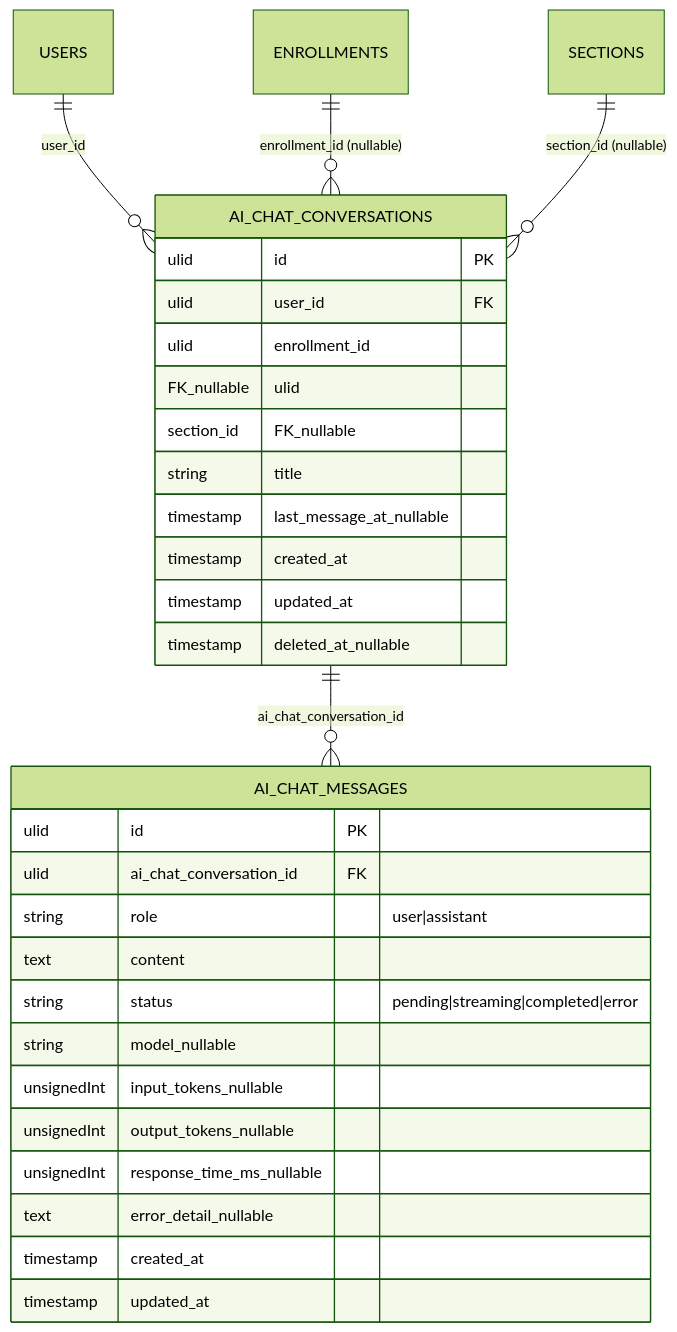
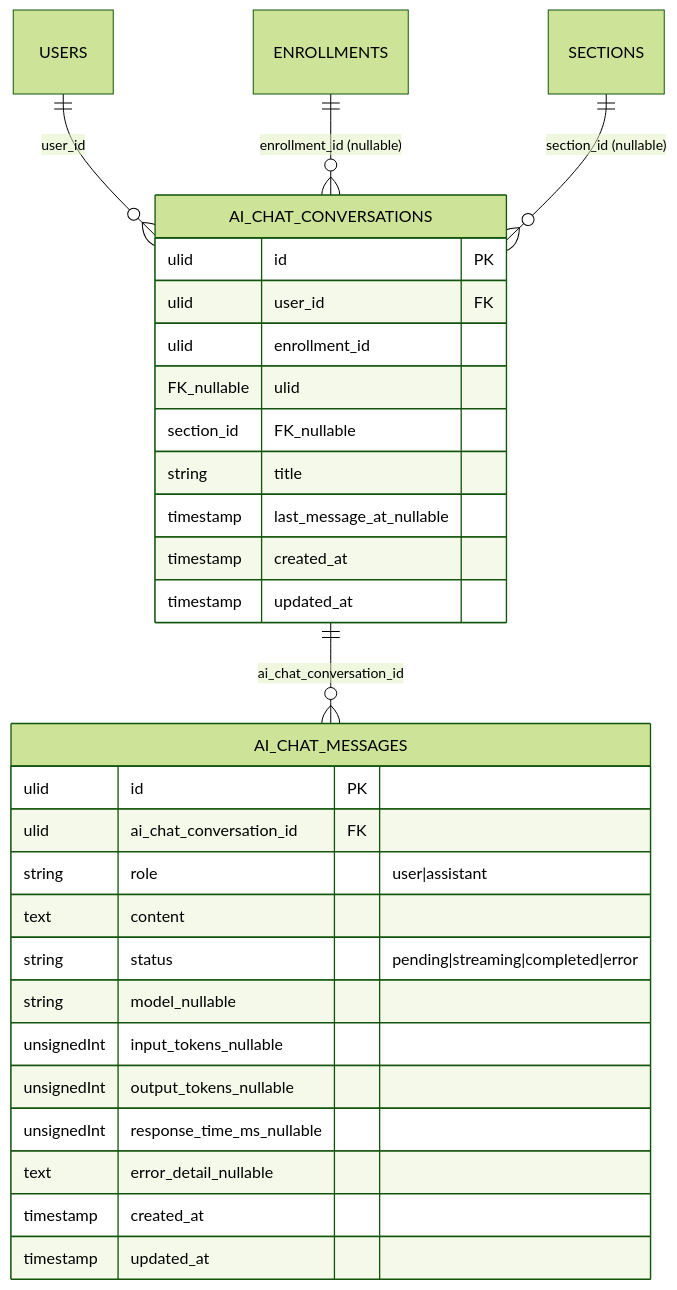
Before and after one commit to coachtech-mockcase-second/ExampleAnswer-mockcase-CertifyLMS: the fifth of 6 diagrams in docs/specs/ai-chat/design.md, drawn with Mermaid (forest theme). The commit also changed other lines of this file and 202 other files, not shown here.

````diff
--- a/docs/specs/ai-chat/design.md
+++ b/docs/specs/ai-chat/design.md
@@ -222,34 +222,33 @@
 ```mermaid
 erDiagram
     USERS ||--o{ AI_CHAT_CONVERSATIONS : "user_id"
     ENROLLMENTS ||--o{ AI_CHAT_CONVERSATIONS : "enrollment_id (nullable)"
     SECTIONS ||--o{ AI_CHAT_CONVERSATIONS : "section_id (nullable)"
     AI_CHAT_CONVERSATIONS ||--o{ AI_CHAT_MESSAGES : "ai_chat_conversation_id"
 
     AI_CHAT_CONVERSATIONS {
         ulid id PK
         ulid user_id FK
         ulid enrollment_id FK_nullable
         ulid section_id FK_nullable
         string title
         timestamp last_message_at_nullable
         timestamp created_at
         timestamp updated_at
-        timestamp deleted_at_nullable
     }
 
     AI_CHAT_MESSAGES {
         ulid id PK
         ulid ai_chat_conversation_id FK
         string role "user|assistant"
         text content
         string status "pending|streaming|completed|error"
         string model_nullable
         unsignedInt input_tokens_nullable
         unsignedInt output_tokens_nullable
         unsignedInt response_time_ms_nullable
         text error_detail_nullable
         timestamp created_at
         timestamp updated_at
     }
 ```
````
